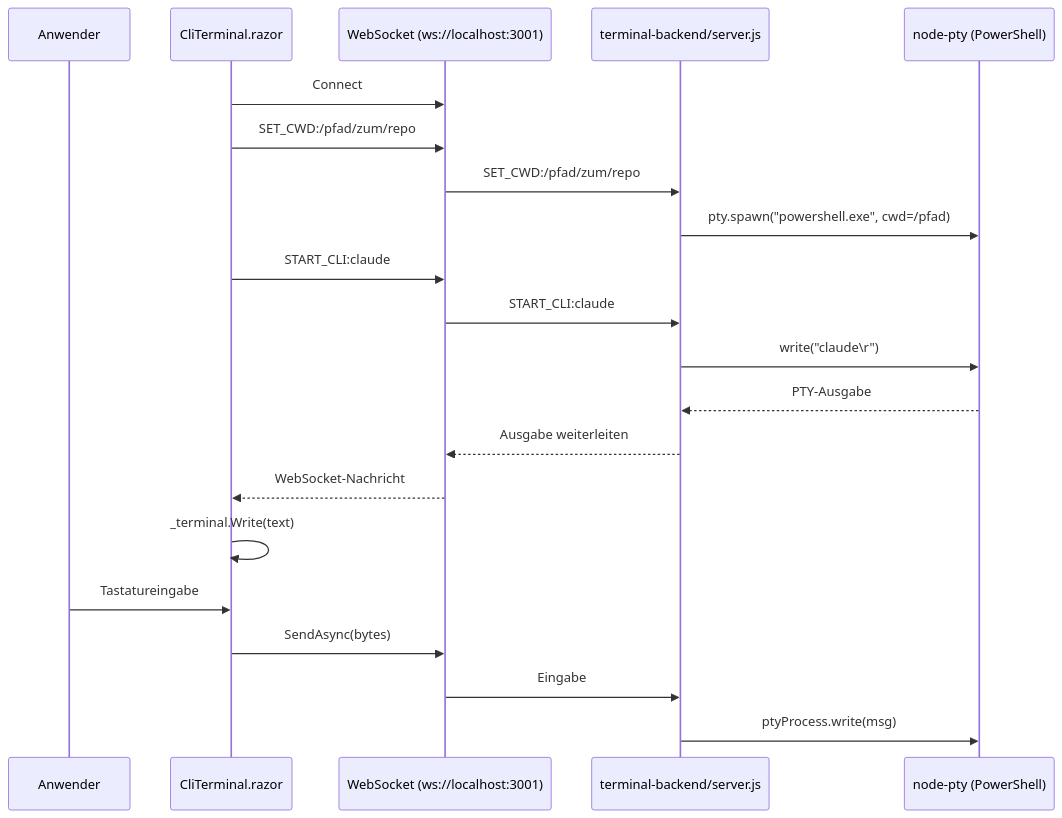
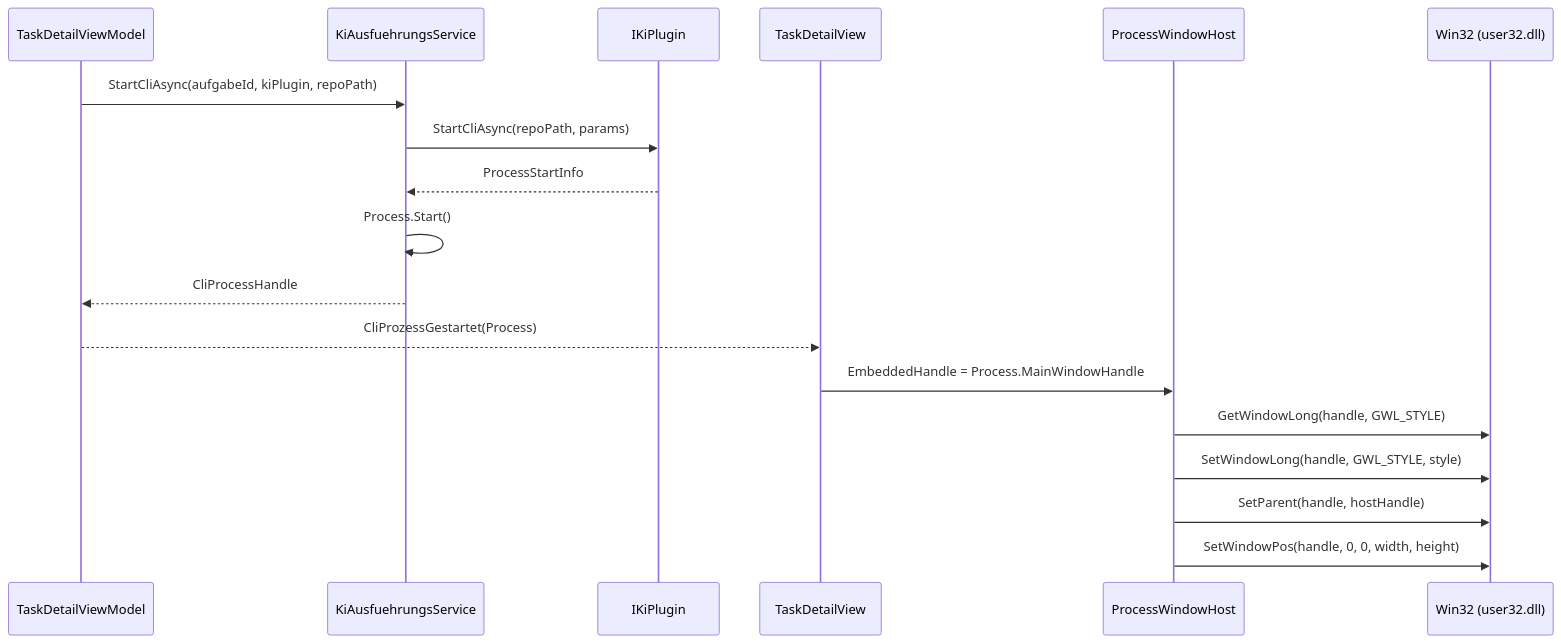
Before and after one commit to martin-stromberg/Softwareschmiede: the diagram in docs/help/terminal/ablauf-technisch.md, drawn with Mermaid. The commit also changed other lines of this file and 132 other files, not shown here.

````diff
--- a/docs/help/terminal/ablauf-technisch.md
+++ b/docs/help/terminal/ablauf-technisch.md
@@ -54,25 +61,21 @@
 ```mermaid
 sequenceDiagram
-    participant U as Anwender
-    participant T as CliTerminal.razor
-    participant WS as WebSocket (ws://localhost:3001)
-    participant B as terminal-backend/server.js
-    participant P as node-pty (PowerShell)
+    participant VM as TaskDetailViewModel
+    participant SVC as KiAusfuehrungsService
+    participant PLUGIN as IKiPlugin
+    participant VIEW as TaskDetailView
+    participant HOST as ProcessWindowHost
+    participant WIN32 as Win32 (user32.dll)
 
-    T->>WS: Connect
-    T->>WS: SET_CWD:/pfad/zum/repo
-    WS->>B: SET_CWD:/pfad/zum/repo
-    B->>P: pty.spawn("powershell.exe", cwd=/pfad)
-    T->>WS: START_CLI:claude
-    WS->>B: START_CLI:claude
-    B->>P: write("claude\r")
-    P-->>B: PTY-Ausgabe
-    B-->>WS: Ausgabe weiterleiten
-    WS-->>T: WebSocket-Nachricht
-    T->>T: _terminal.Write(text)
-
-    U->>T: Tastatureingabe
-    T->>WS: SendAsync(bytes)
-    WS->>B: Eingabe
-    B->>P: ptyProcess.write(msg)
+    VM->>SVC: StartCliAsync(aufgabeId, kiPlugin, repoPath)
+    SVC->>PLUGIN: StartCliAsync(repoPath, params)
+    PLUGIN-->>SVC: ProcessStartInfo
+    SVC->>SVC: Process.Start()
+    SVC-->>VM: CliProcessHandle
+    VM-->>VIEW: CliProzessGestartet(Process)
+    VIEW->>HOST: EmbeddedHandle = Process.MainWindowHandle
+    HOST->>WIN32: GetWindowLong(handle, GWL_STYLE)
+    HOST->>WIN32: SetWindowLong(handle, GWL_STYLE, style)
+    HOST->>WIN32: SetParent(handle, hostHandle)
+    HOST->>WIN32: SetWindowPos(handle, 0, 0, width, height)
 ```
````
